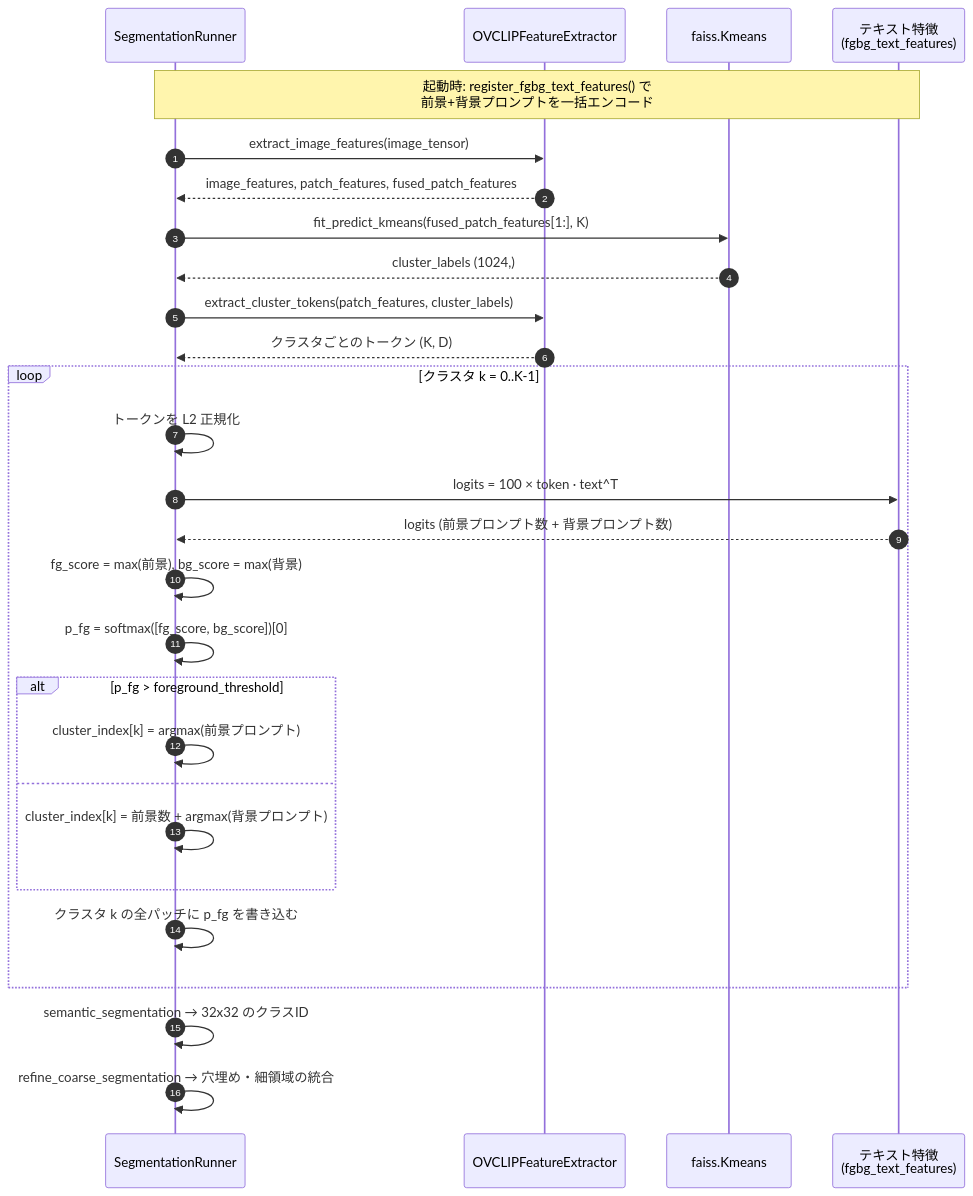
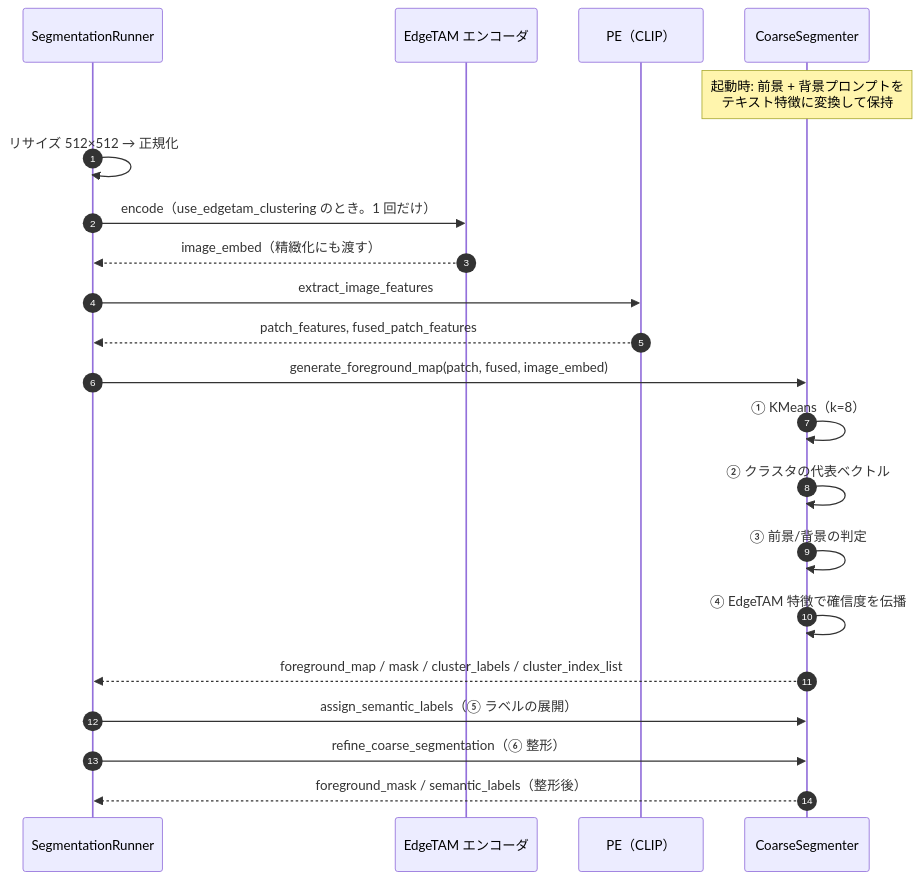
Before and after one commit to fklg-64/pe_anything_detect: the fourth of 15 diagrams in docs/coarse_segmentation.md, drawn with Mermaid. The commit also changed other lines of this file and 2 other files, not shown here.

````diff
--- a/docs/coarse_segmentation.md
+++ b/docs/coarse_segmentation.md
@@ -49,31 +136,24 @@
 ```mermaid
 sequenceDiagram
     autonumber
     participant R as SegmentationRunner
-    participant E as OVCLIPFeatureExtractor
-    participant F as faiss.Kmeans
-    participant T as テキスト特徴<br/>(fgbg_text_features)
+    participant E as EdgeTAM エンコーダ
+    participant P as PE（CLIP）
+    participant C as CoarseSegmenter
 
-    Note over R,T: 起動時: register_fgbg_text_features() で<br/>前景+背景プロンプトを一括エンコード
-    R->>E: extract_image_features(image_tensor)
-    E-->>R: image_features, patch_features, fused_patch_features
-    R->>F: fit_predict_kmeans(fused_patch_features[1:], K)
-    F-->>R: cluster_labels (1024,)
-    R->>E: extract_cluster_tokens(patch_features, cluster_labels)
-    E-->>R: クラスタごとのトークン (K, D)
-    loop クラスタ k = 0..K-1
-        R->>R: トークンを L2 正規化
-        R->>T: logits = 100 × token · text^T
-        T-->>R: logits (前景プロンプト数 + 背景プロンプト数)
-        R->>R: fg_score = max(前景), bg_score = max(背景)
-        R->>R: p_fg = softmax([fg_score, bg_score])[0]
-        alt p_fg > foreground_threshold
-            R->>R: cluster_index[k] = argmax(前景プロンプト)
-        else
-            R->>R: cluster_index[k] = 前景数 + argmax(背景プロンプト)
-        end
-        R->>R: クラスタ k の全パッチに p_fg を書き込む
-    end
-    R->>R: semantic_segmentation → 32x32 のクラスID
-    R->>R: refine_coarse_segmentation → 穴埋め・細領域の統合
+    Note over C: 起動時: 前景 + 背景プロンプトを<br/>テキスト特徴に変換して保持
+    R->>R: リサイズ 512×512 → 正規化
+    R->>E: encode（use_edgetam_clustering のとき。1 回だけ）
+    E-->>R: image_embed（精緻化にも渡す）
+    R->>P: extract_image_features
+    P-->>R: patch_features, fused_patch_features
+    R->>C: generate_foreground_map(patch, fused, image_embed)
+    C->>C: ① KMeans（k=8）
+    C->>C: ② クラスタの代表ベクトル
+    C->>C: ③ 前景/背景の判定
+    C->>C: ④ EdgeTAM 特徴で確信度を伝播
+    C-->>R: foreground_map / mask / cluster_labels / cluster_index_list
+    R->>C: assign_semantic_labels（⑤ ラベルの展開）
+    R->>C: refine_coarse_segmentation（⑥ 整形）
+    C-->>R: foreground_mask / semantic_labels（整形後）
 ```
````
